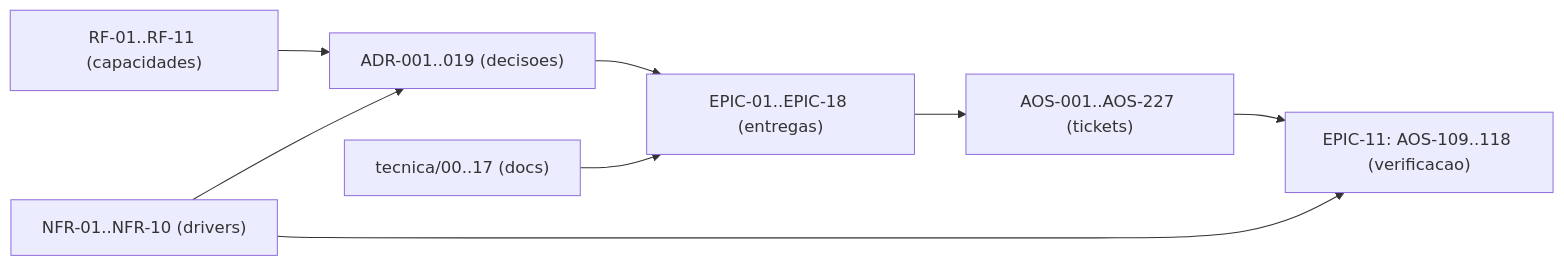
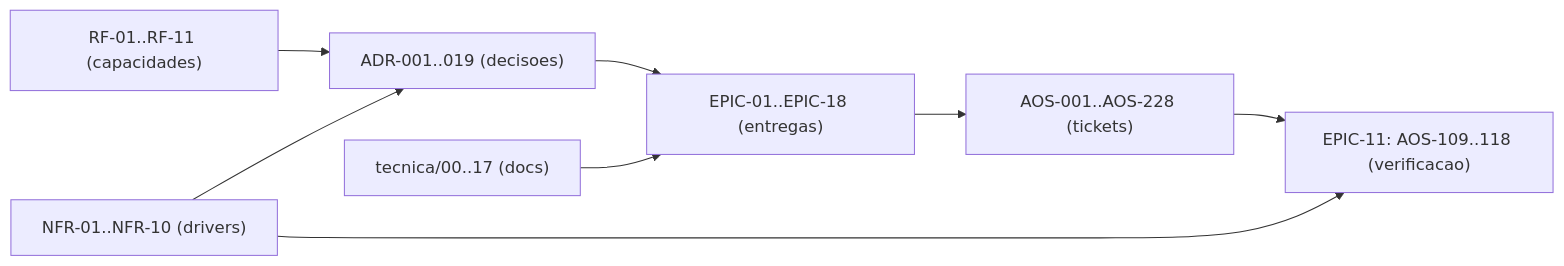
The diagram in tecnica/16_Rastreabilidade_RTM.md (albinoJimy/aos), drawn with Mermaid before and after one commit. The commit also changed other lines of this file and 6 other files, not shown here.

````diff
--- a/tecnica/16_Rastreabilidade_RTM.md
+++ b/tecnica/16_Rastreabilidade_RTM.md
@@ -168,10 +168,10 @@
 ```mermaid
 flowchart LR
     RF["RF-01..RF-11 (capacidades)"] --> ADR["ADR-001..019 (decisoes)"]
     NFR["NFR-01..NFR-10 (drivers)"] --> ADR
     ADR --> EPIC["EPIC-01..EPIC-18 (entregas)"]
-    EPIC --> TICK["AOS-001..AOS-227 (tickets)"]
+    EPIC --> TICK["AOS-001..AOS-228 (tickets)"]
     DOC["tecnica/00..17 (docs)"] --> EPIC
     TICK --> TEST["EPIC-11: AOS-109..118 (verificacao)"]
     NFR --> TEST
 ```
````
